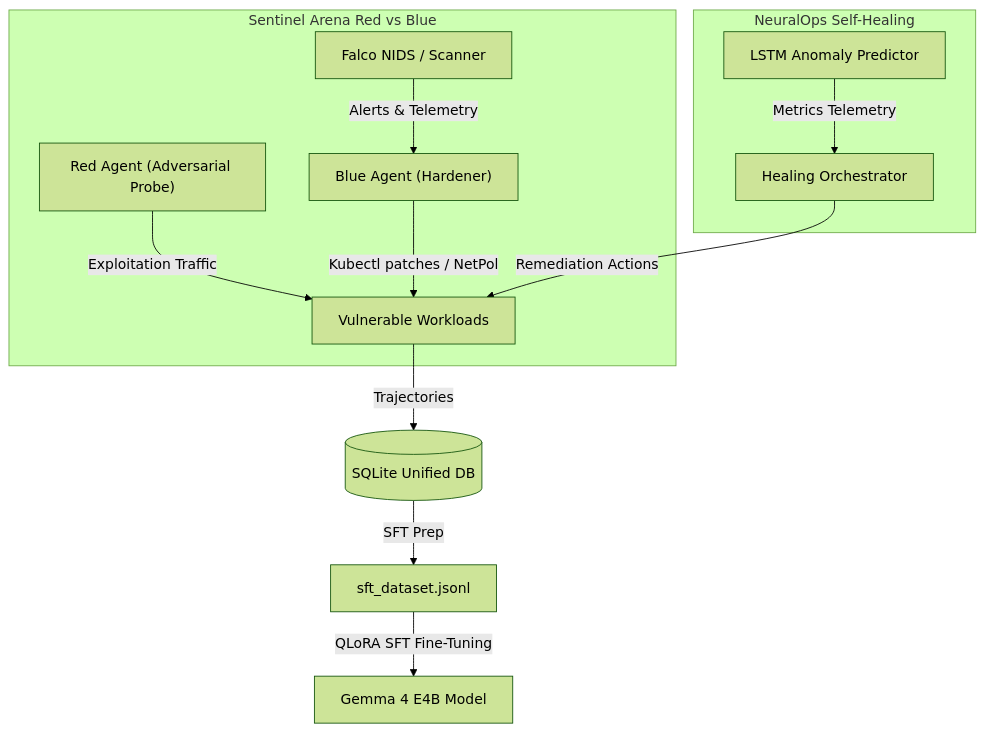
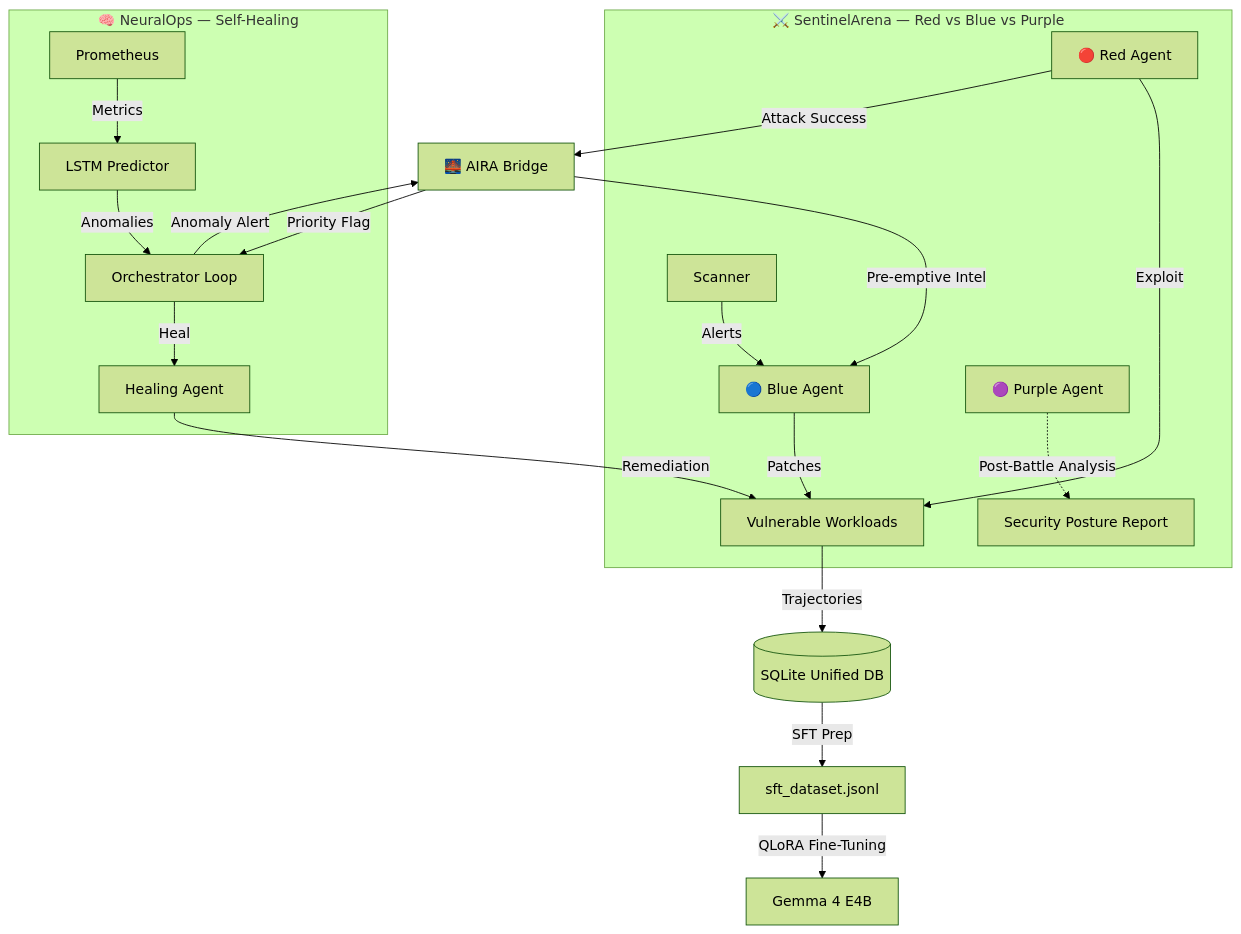
Before and after one commit to Gpar377/AIRA: the diagram in README.md, drawn with Mermaid (forest theme). The commit also changed other lines of this file and 1 other file, not shown here.

Commit message:
feat: update Modelfile with strict JSON enforcement and rewrite README with full architecture

````diff
--- a/README.md
+++ b/README.md
@@ -16,17 +21,26 @@
 ```mermaid
 graph TD
-    subgraph SentinelArena [Sentinel Arena Red vs Blue]
-        RedAgent["Red Agent (Adversarial Probe)"] -->|Exploitation Traffic| WorkloadPod["Vulnerable Workloads"]
-        Falco["Falco NIDS / Scanner"] -->|Alerts & Telemetry| BlueAgent["Blue Agent (Hardener)"]
-        BlueAgent -->|Kubectl patches / NetPol| WorkloadPod
+    subgraph SentinelArena ["⚔️ SentinelArena — Red vs Blue vs Purple"]
+        RedAgent["🔴 Red Agent"] -->|Exploit| WorkloadPod["Vulnerable Workloads"]
+        Scanner["Scanner"] -->|Alerts| BlueAgent["🔵 Blue Agent"]
+        BlueAgent -->|Patches| WorkloadPod
+        PurpleAgent["🟣 Purple Agent"] -.->|Post-Battle Analysis| Report["Security Posture Report"]
     end
 
-    subgraph NeuralOps [NeuralOps Self-Healing]
-        LSTM["LSTM Anomaly Predictor"] -->|Metrics Telemetry| HealingAgent["Healing Orchestrator"]
-        HealingAgent -->|Remediation Actions| WorkloadPod
+    subgraph NeuralOps ["🧠 NeuralOps — Self-Healing"]
+        Prometheus["Prometheus"] -->|Metrics| LSTM["LSTM Predictor"]
+        LSTM -->|Anomalies| Orchestrator["Orchestrator Loop"]
+        Orchestrator -->|Heal| HealingAgent["Healing Agent"]
+        HealingAgent -->|Remediation| WorkloadPod
     end
+
+    Bridge["🌉 AIRA Bridge"]
+    RedAgent -->|Attack Success| Bridge
+    Bridge -->|Priority Flag| Orchestrator
+    Orchestrator -->|Anomaly Alert| Bridge
+    Bridge -->|Pre-emptive Intel| BlueAgent
 
     WorkloadPod -->|Trajectories| SqliteStore[("SQLite Unified DB")]
     SqliteStore -->|SFT Prep| SFTDataset["sft_dataset.jsonl"]
-    SFTDataset -->|QLoRA SFT Fine-Tuning| GemmaModel["Gemma 4 E4B Model"]
+    SFTDataset -->|QLoRA Fine-Tuning| GemmaModel["Gemma 4 E4B"]
 ```
````
